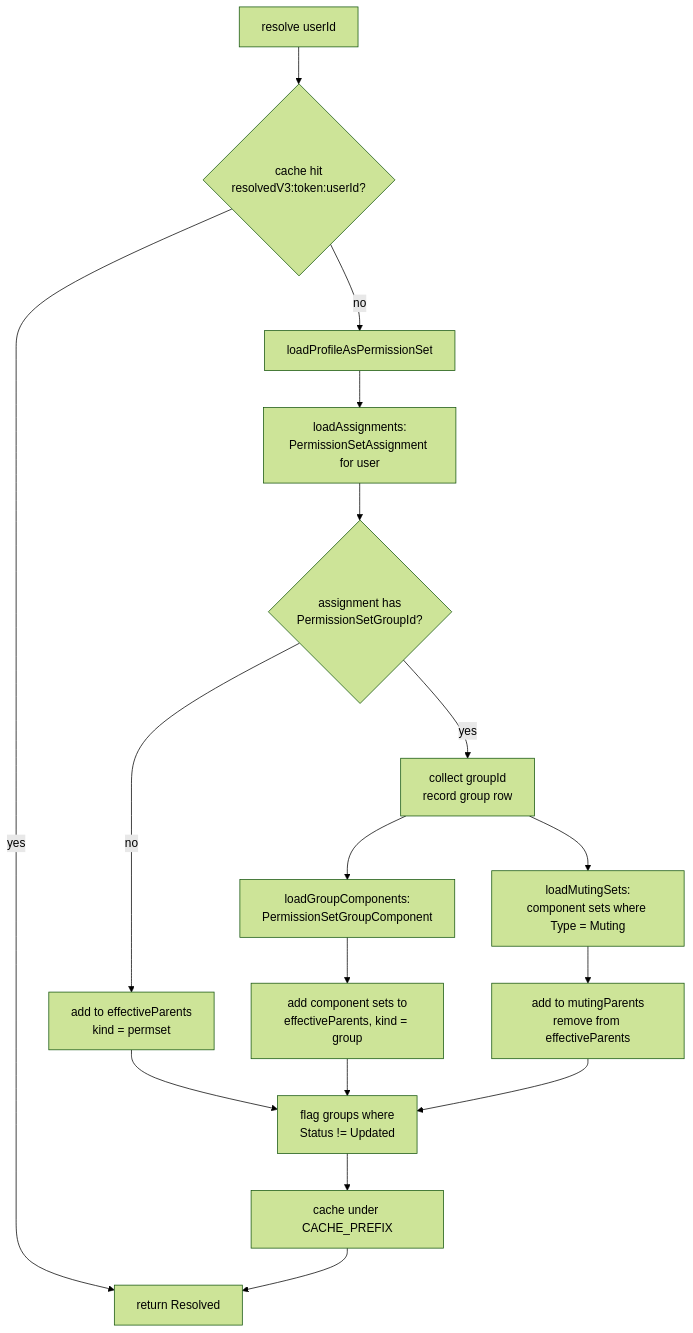
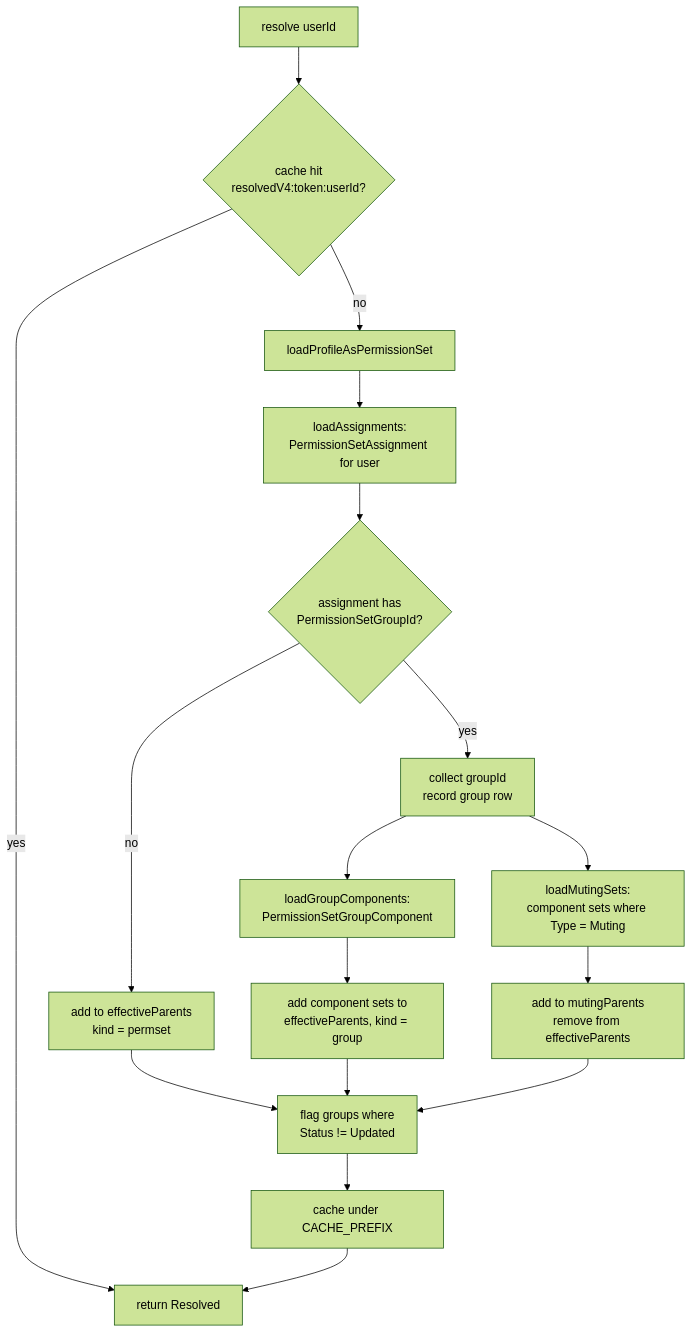
One commit to DemoProjectDjango/Who-Sees-What changed the diagram in docs/PERMISSION-RESOLUTION.md. Above: the diagram before and after it, drawn with Mermaid (forest theme). The commit also changed other lines of this file and 31 other files, not shown here.

First line of the commit message:
feat: Add documentation for Record Visibility, Roadmap, and Upgrade Notes

````diff
--- a/docs/PERMISSION-RESOLUTION.md
+++ b/docs/PERMISSION-RESOLUTION.md
@@ -47,19 +47,19 @@
 ```mermaid
 flowchart TD
-    A[resolve userId] --> B{cache hit<br/>resolvedV3:token:userId?}
+    A[resolve userId] --> B{cache hit<br/>resolvedV4:token:userId?}
     B -- yes --> Z[return Resolved]
     B -- no --> C[loadProfileAsPermissionSet]
     C --> D[loadAssignments:<br/>PermissionSetAssignment for user]
     D --> E{assignment has<br/>PermissionSetGroupId?}
     E -- no --> F[add to effectiveParents<br/>kind = permset]
     E -- yes --> G[collect groupId<br/>record group row]
     G --> H[loadGroupComponents:<br/>PermissionSetGroupComponent]
     H --> I[add component sets to<br/>effectiveParents, kind = group]
     G --> J[loadMutingSets:<br/>component sets where Type = Muting]
     J --> K[add to mutingParents<br/>remove from effectiveParents]
     F --> L[flag groups where<br/>Status != Updated]
     I --> L
     K --> L
     L --> M[cache under CACHE_PREFIX]
     M --> Z
 ```
````
